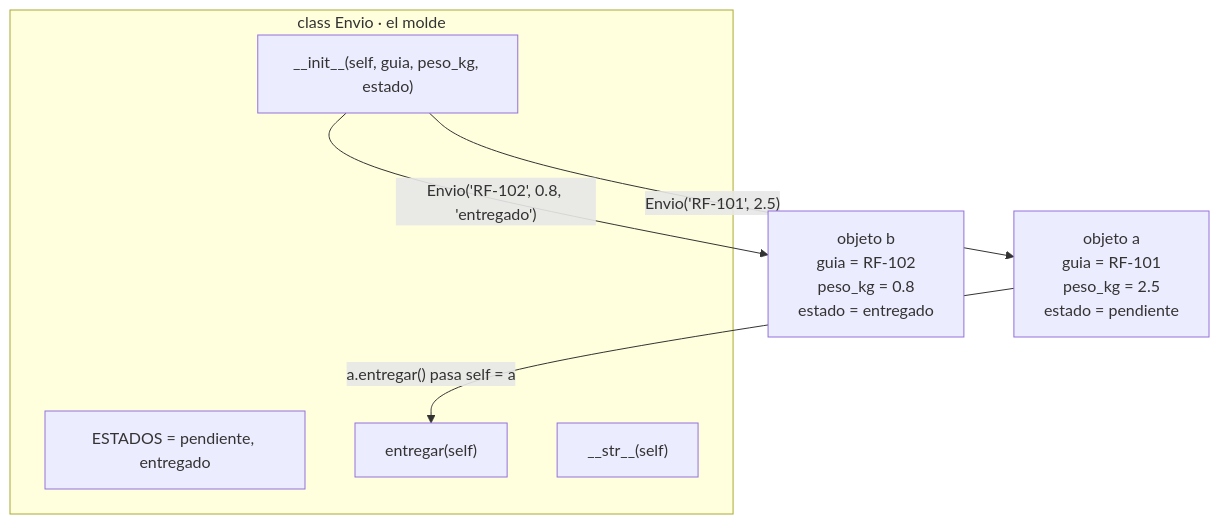
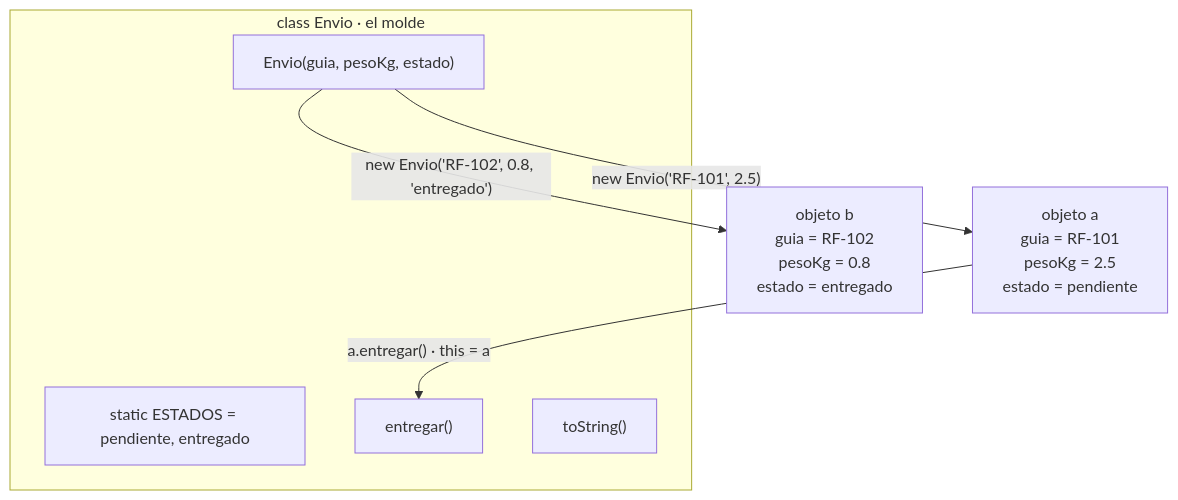
Before and after one commit to NICORUIZ93/The_Imperial_Book: the sixth of 7 diagrams in web/public/content/foundations/modulo-1.md, drawn with Mermaid. The commit also changed other lines of this file and 4 other files, not shown here.

````diff
--- a/web/public/content/foundations/modulo-1.md
+++ b/web/public/content/foundations/modulo-1.md
@@ -1364,12 +1424,12 @@
 ```mermaid
 flowchart TB
     subgraph MOLDE["class Envio · el molde"]
-        EST["ESTADOS = pendiente, entregado"]
-        INIT["__init__(self, guia, peso_kg, estado)"]
-        ENT["entregar(self)"]
-        STR["__str__(self)"]
+        EST["static ESTADOS = pendiente, entregado"]
+        INIT["Envio(guia, pesoKg, estado)"]
+        ENT["entregar()"]
+        STR["toString()"]
     end
-    INIT -->|"Envio('RF-101', 2.5)"| A["objeto a<br/>guia = RF-101<br/>peso_kg = 2.5<br/>estado = pendiente"]
-    INIT -->|"Envio('RF-102', 0.8, 'entregado')"| B["objeto b<br/>guia = RF-102<br/>peso_kg = 0.8<br/>estado = entregado"]
-    A -->|"a.entregar() pasa self = a"| ENT
+    INIT -->|"new Envio('RF-101', 2.5)"| A["objeto a<br/>guia = RF-101<br/>pesoKg = 2.5<br/>estado = pendiente"]
+    INIT -->|"new Envio('RF-102', 0.8, 'entregado')"| B["objeto b<br/>guia = RF-102<br/>pesoKg = 0.8<br/>estado = entregado"]
+    A -->|"a.entregar() · this = a"| ENT
 ```
````
